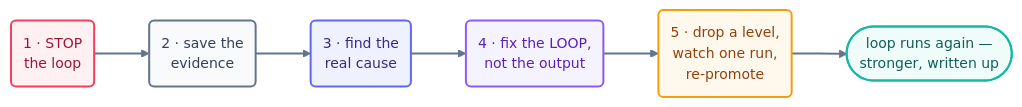
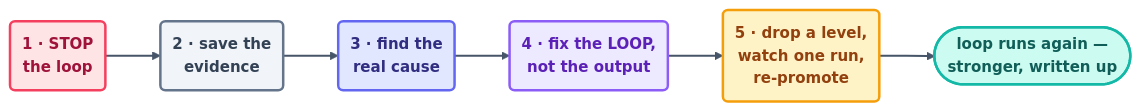
One commit to ayeshakhalid192007-dev/LoopEngineering-CrashCourse changed the diagram in docs/10-operating/recovery-playbook.md. Above: the diagram before and after it, drawn with Mermaid. The commit also changed 66 other files, not shown here.

First line of the commit message:
docs(diagrams): visibly bolder pass — deeper fills, heavier strokes, semibold labels

````diff
--- a/docs/10-operating/recovery-playbook.md
+++ b/docs/10-operating/recovery-playbook.md
@@ -46,15 +46,15 @@
 ```mermaid
-%%{init: {'theme':'base','themeVariables':{'fontFamily':'ui-sans-serif, system-ui, sans-serif','fontSize':'14px','lineColor':'#64748b','edgeLabelBackground':'#f8fafc'},'flowchart':{'curve':'basis','nodeSpacing':45,'rankSpacing':55,'padding':12}}}%%
+%%{init: {'theme':'base','themeVariables':{'fontFamily':'ui-sans-serif, system-ui, sans-serif','fontSize':'15px','lineColor':'#475569','edgeLabelBackground':'#f8fafc'},'flowchart':{'curve':'basis','nodeSpacing':45,'rankSpacing':55,'padding':12}}}%%
 flowchart LR
     S1("1 · STOP<br/>the loop"):::stop --> S2("2 · save the<br/>evidence"):::file
     S2 --> S3("3 · find the<br/>real cause"):::q --> S4("4 · fix the LOOP,<br/>not the output"):::fix
     S4 --> S5("5 · drop a level,<br/>watch one run,<br/>re-promote"):::gate
     S5 --> OUT(["loop runs again —<br/>stronger, written up"]):::win
-    linkStyle default stroke:#64748b,stroke-width:2px;
-    classDef stop fill:#fff1f2,stroke:#f43f5e,stroke-width:2px,color:#9f1239;
-    classDef file fill:#f8fafc,stroke:#64748b,stroke-width:2px,color:#334155;
-    classDef q fill:#eef2ff,stroke:#6366f1,stroke-width:2px,color:#312e81;
-    classDef fix fill:#f5f3ff,stroke:#8b5cf6,stroke-width:2px,color:#5b21b6;
-    classDef gate fill:#fef9ec,stroke:#f59e0b,stroke-width:2px,color:#92400e;
-    classDef win fill:#effcf9,stroke:#14b8a6,stroke-width:2px,color:#115e59;
+    linkStyle default stroke:#475569,stroke-width:2px;
+    classDef stop fill:#ffe4e6,stroke:#f43f5e,stroke-width:2.5px,color:#9f1239,font-weight:600;
+    classDef file fill:#f1f5f9,stroke:#64748b,stroke-width:2.5px,color:#334155,font-weight:600;
+    classDef q fill:#e0e7ff,stroke:#6366f1,stroke-width:2.5px,color:#312e81,font-weight:600;
+    classDef fix fill:#ede9fe,stroke:#8b5cf6,stroke-width:2.5px,color:#5b21b6,font-weight:600;
+    classDef gate fill:#fef3c7,stroke:#f59e0b,stroke-width:2.5px,color:#92400e,font-weight:600;
+    classDef win fill:#ccfbf1,stroke:#14b8a6,stroke-width:2.5px,color:#115e59,font-weight:600;
 ```
````
